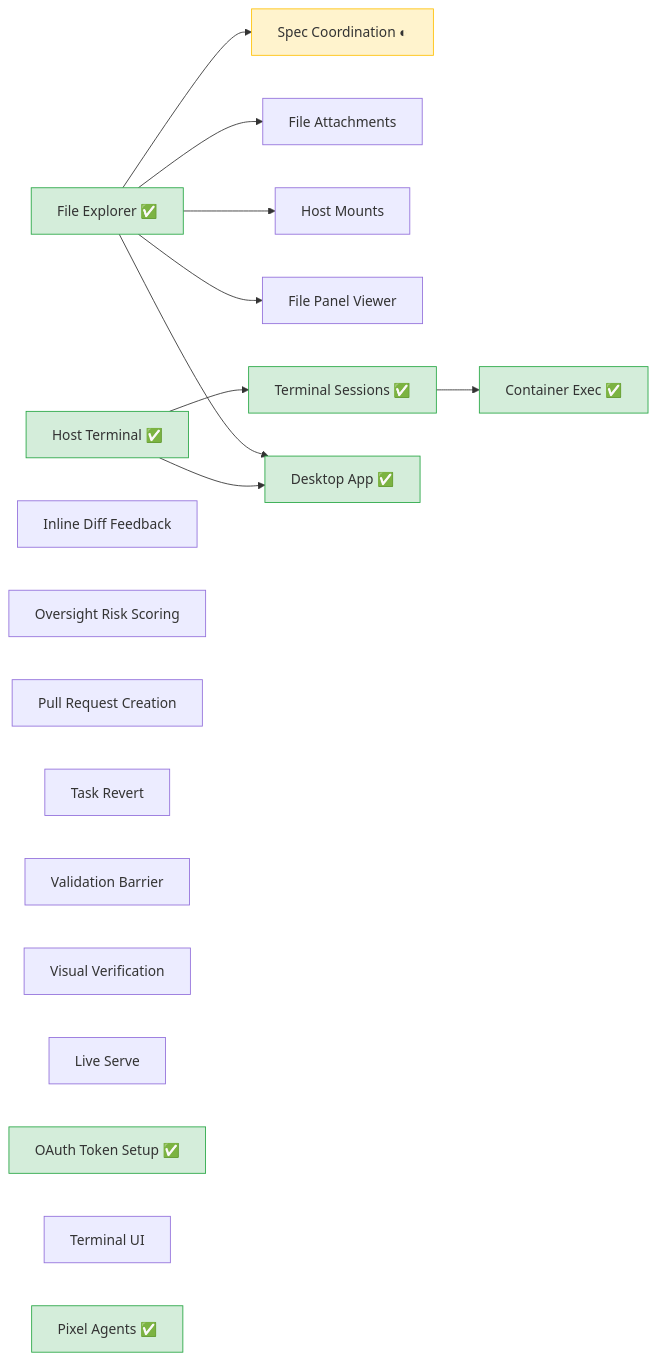
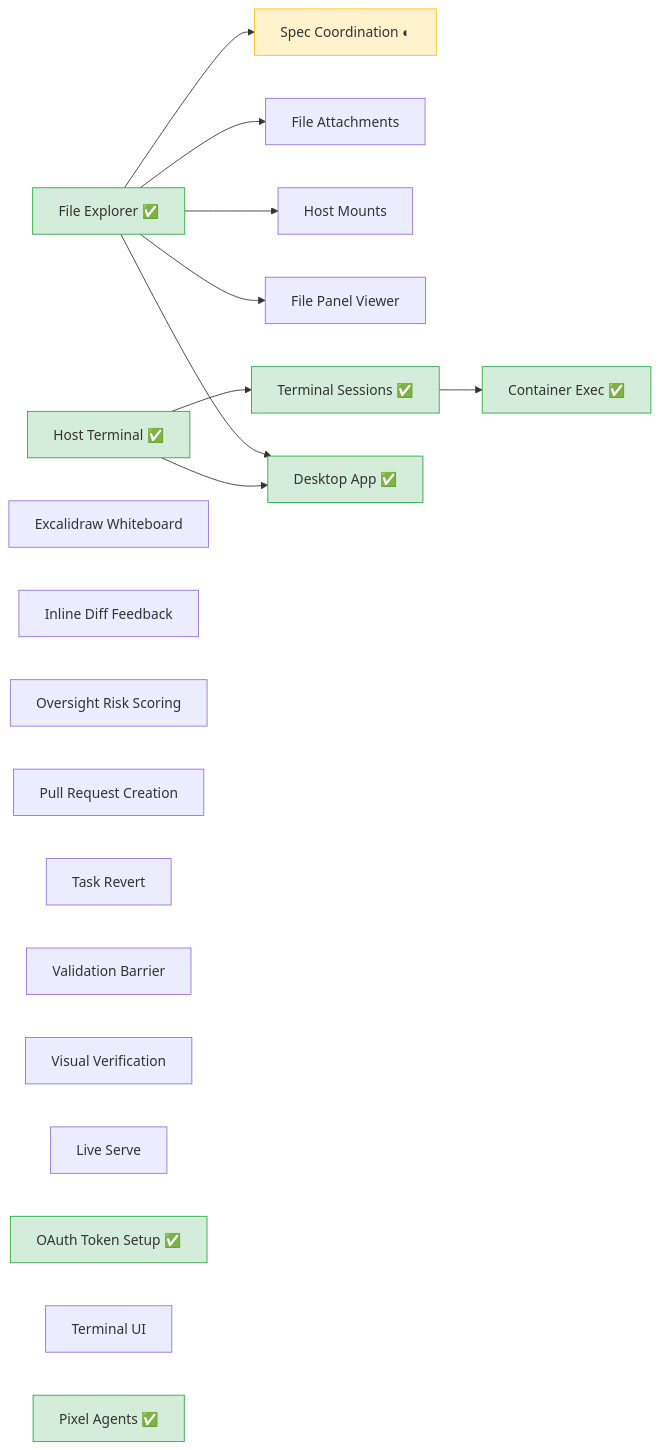
One commit to changkun/wallfacer changed the first of 3 diagrams in specs/README.md. Above: the diagram before and after it, drawn with Mermaid. The commit also changed other lines of this file and 1 other file, not shown here.

Commit message:
specs: add excalidraw-whiteboard spec for drawing/brainstorm view

````diff
--- a/specs/README.md
+++ b/specs/README.md
@@ -96,30 +98,31 @@
 ```mermaid
 graph LR
   FE[File Explorer ✅] --> SC[Spec Coordination ◐]
   FE --> FA[File Attachments]
   FE --> HM[Host Mounts]
   FE --> FPV[File Panel Viewer]
   HT[Host Terminal ✅] --> TS[Terminal Sessions ✅] --> CE[Container Exec ✅]
   FE --> DA[Desktop App ✅]
   HT --> DA
 
+  EW[Excalidraw Whiteboard]
   IDF[Inline Diff Feedback]
   ORS[Oversight Risk Scoring]
   PR[Pull Request Creation]
   TR[Task Revert]
   VB[Validation Barrier]
   VV[Visual Verification]
   LS[Live Serve]
   OTS[OAuth Token Setup ✅]
   TUI[Terminal UI]
   PA[Pixel Agents ✅]
 
   style FE fill:#d4edda,stroke:#28a745
   style HT fill:#d4edda,stroke:#28a745
   style TS fill:#d4edda,stroke:#28a745
   style CE fill:#d4edda,stroke:#28a745
   style DA fill:#d4edda,stroke:#28a745
   style OTS fill:#d4edda,stroke:#28a745
   style PA fill:#d4edda,stroke:#28a745
   style SC fill:#fff3cd,stroke:#ffc107
 ```
````
